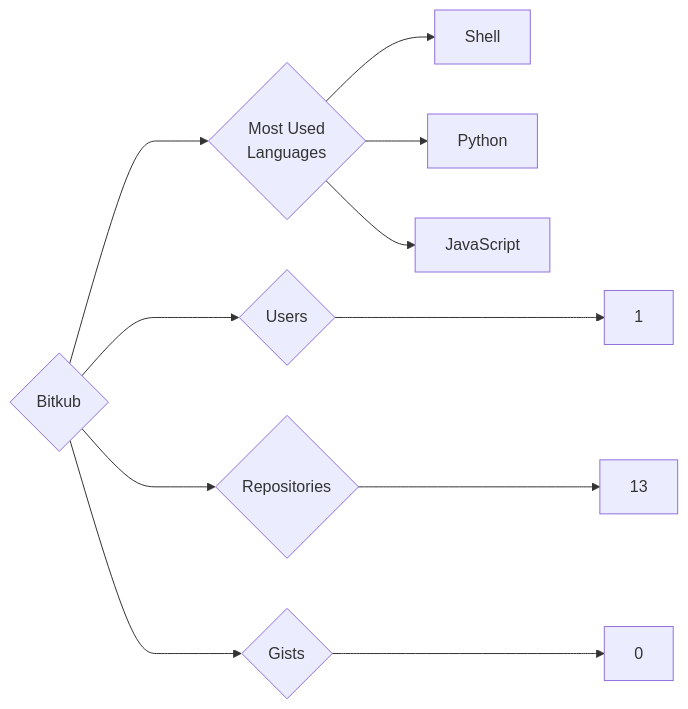
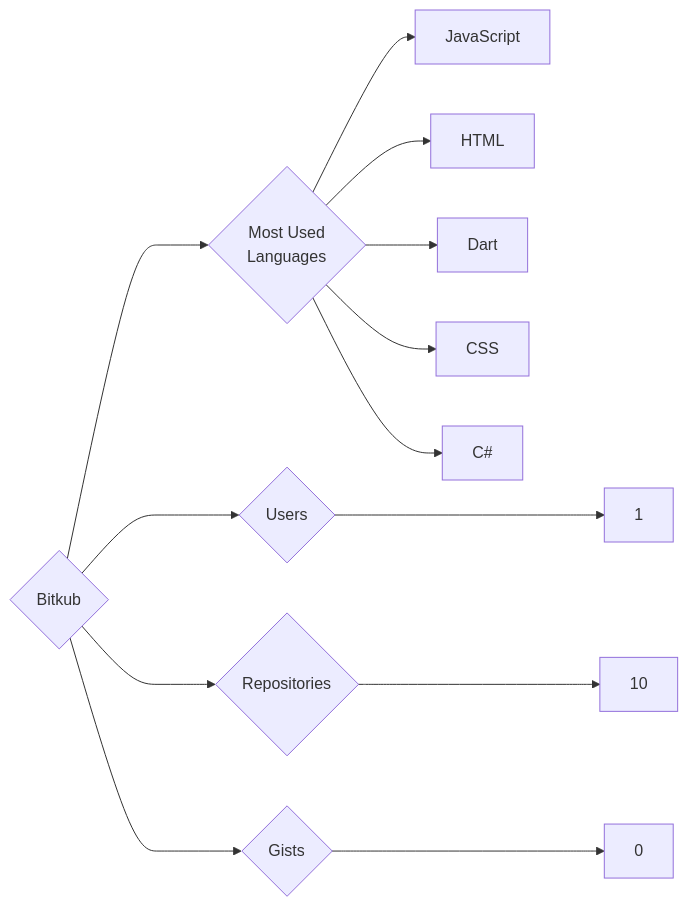
The diagram in targets/Bitkub/README.md (trickest/insiders), drawn with Mermaid before and after one commit. The commit also changed 933 other files, not shown here.

````diff
--- a/targets/Bitkub/README.md
+++ b/targets/Bitkub/README.md
@@ -3,11 +3,13 @@
 ```mermaid
 graph LR
 COMPANY_NAME{Bitkub}
 COMPANY_NAME ---> U{Users} ---> UN[1]
-COMPANY_NAME ---> R{Repositories} ---> RN[13]
+COMPANY_NAME ---> R{Repositories} ---> RN[10]
 COMPANY_NAME ---> G{Gists} ---> GN[0]
 COMPANY_NAME ---> ML{Most Used<br>Languages}
-ML --> Shell[Shell]
-ML --> Python[Python]
 ML --> JavaScript[JavaScript]
+ML --> HTML[HTML]
+ML --> Dart[Dart]
+ML --> CSS[CSS]
+ML --> C#[C#]
 ```
````
